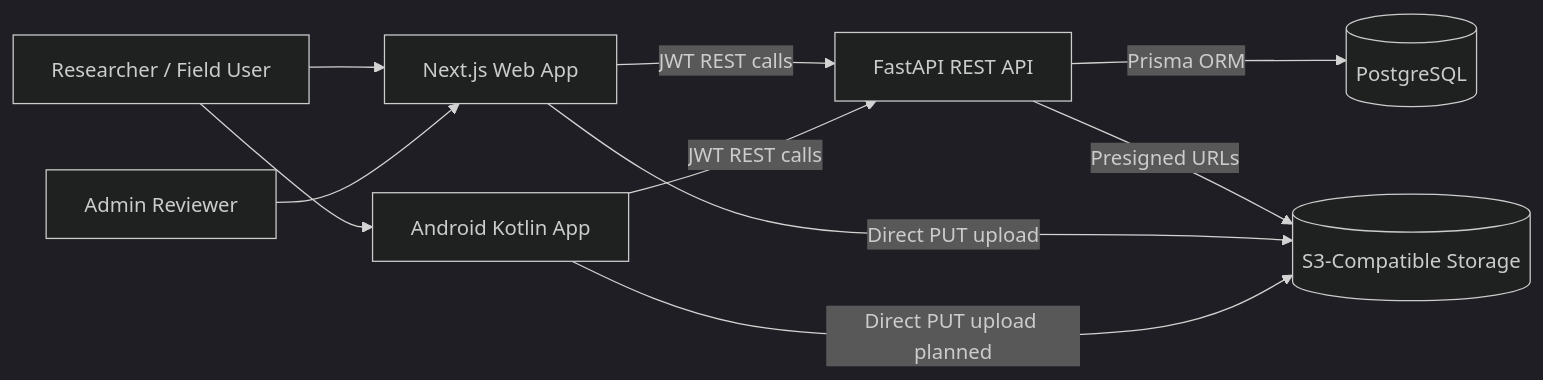
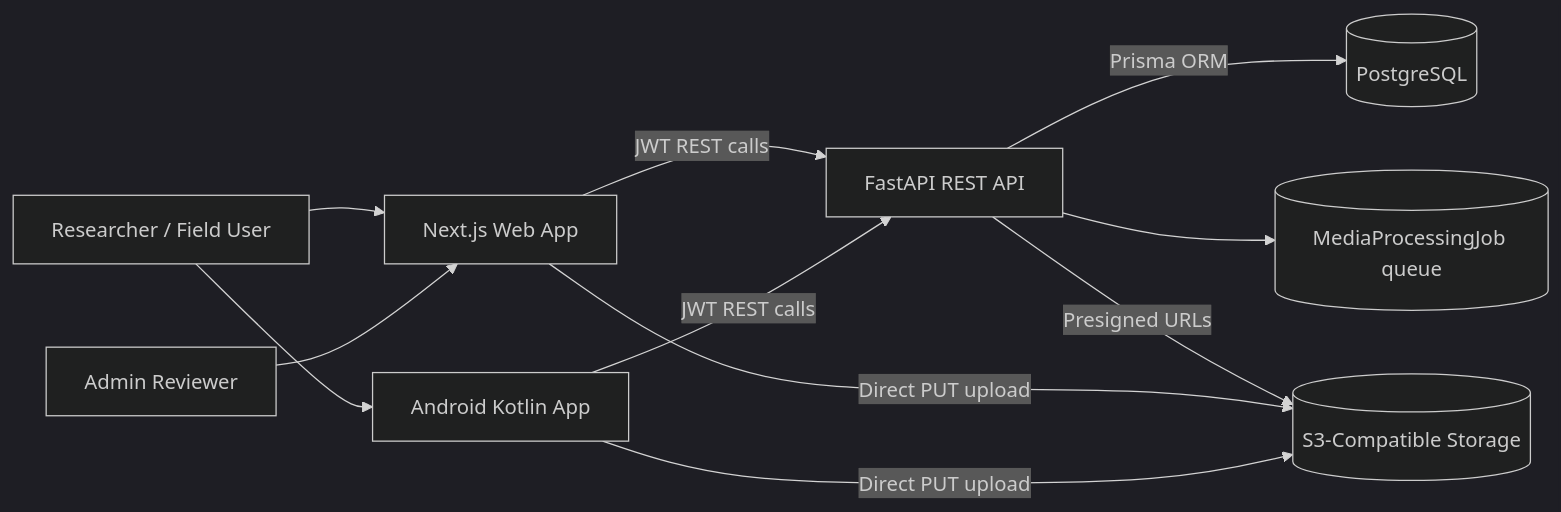
Before and after one commit to cxacraftecosystem-ui/documentation-portal: the first of 12 diagrams in docs/ARCHITECTURE.md, drawn with Mermaid (dark theme). The commit also changed other lines of this file and 22 other files, not shown here.

Commit message:
Add durable media processing queue

````diff
--- a/docs/ARCHITECTURE.md
+++ b/docs/ARCHITECTURE.md
@@ -7,20 +7,22 @@
 ```mermaid
 flowchart LR
   researcher[Researcher / Field User]
   admin[Admin Reviewer]
   web[Next.js Web App]
   android[Android Kotlin App]
   api[FastAPI REST API]
   db[(PostgreSQL)]
   s3[(S3-Compatible Storage)]
+  queue[(MediaProcessingJob queue)]
 
   researcher --> web
   researcher --> android
   admin --> web
   web -->|JWT REST calls| api
   android -->|JWT REST calls| api
   api -->|Prisma ORM| db
+  api --> queue
   api -->|Presigned URLs| s3
   web -->|Direct PUT upload| s3
-  android -->|Direct PUT upload planned| s3
+  android -->|Direct PUT upload| s3
 ```
````
